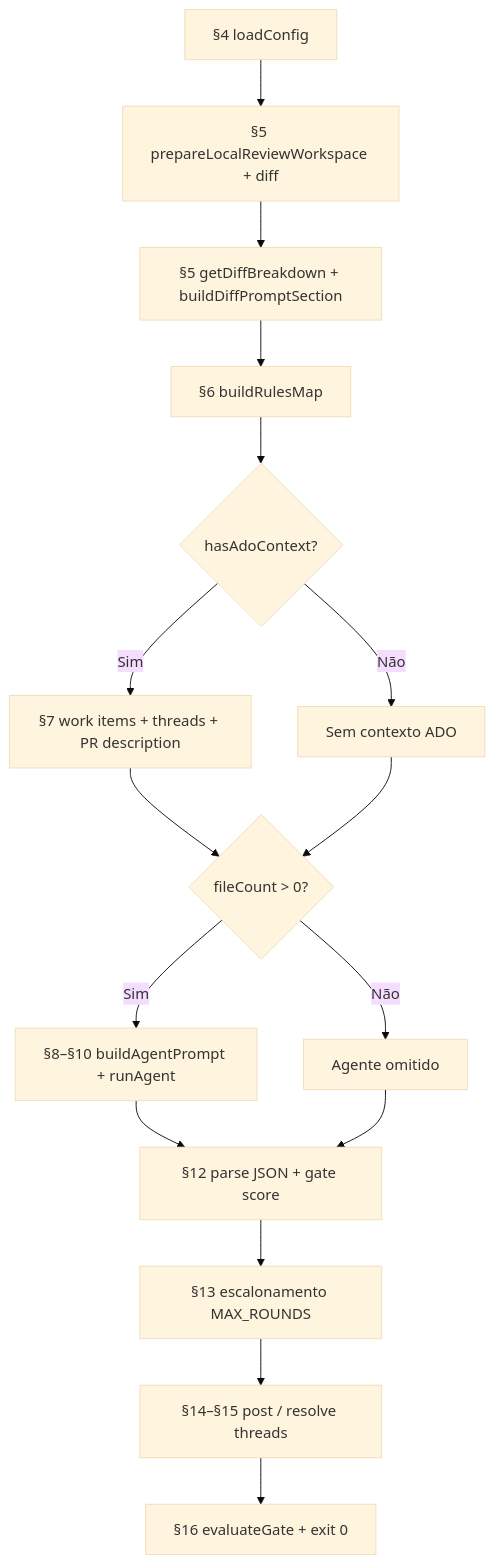
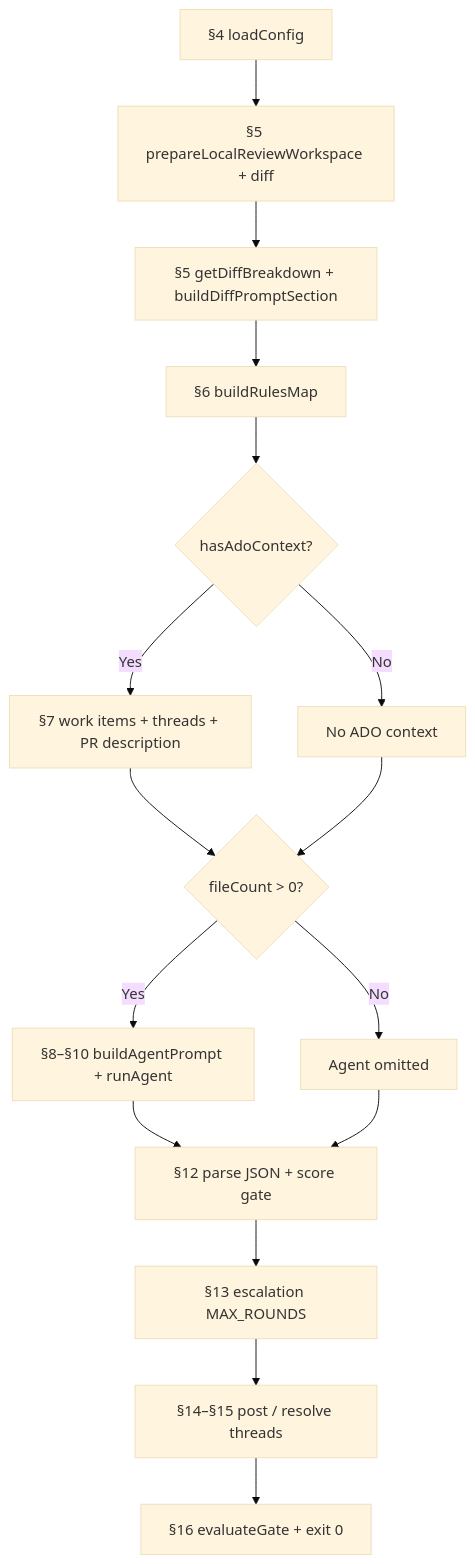
One commit to jpolvora/agentic-code-reviewers changed the diagram in docs/faq.md. Above: the diagram before and after it, drawn with Mermaid (base theme). The commit also changed other lines of this file and 18 other files, not shown here.

````diff
--- a/docs/faq.md
+++ b/docs/faq.md
@@ -79,18 +81,18 @@
 ```mermaid
 flowchart TD
     A["§4 loadConfig"] --> B["§5 prepareLocalReviewWorkspace + diff"]
     B --> C["§5 getDiffBreakdown + buildDiffPromptSection"]
     C --> D["§6 buildRulesMap"]
     D --> E{hasAdoContext?}
-    E -->|Sim| F["§7 work items + threads + PR description"]
-    E -->|Não| G[Sem contexto ADO]
+    E -->|Yes| F["§7 work items + threads + PR description"]
+    E -->|No| G[No ADO context]
     F --> H{fileCount > 0?}
     G --> H
-    H -->|Sim| I["§8–§10 buildAgentPrompt + runAgent"]
-    H -->|Não| J[Agente omitido]
-    I --> K["§12 parse JSON + gate score"]
+    H -->|Yes| I["§8–§10 buildAgentPrompt + runAgent"]
+    H -->|No| J[Agent omitted]
+    I --> K["§12 parse JSON + score gate"]
     J --> K
-    K --> L["§13 escalonamento MAX_ROUNDS"]
+    K --> L["§13 escalation MAX_ROUNDS"]
     L --> M["§14–§15 post / resolve threads"]
     M --> N["§16 evaluateGate + exit 0"]
 ```
````
